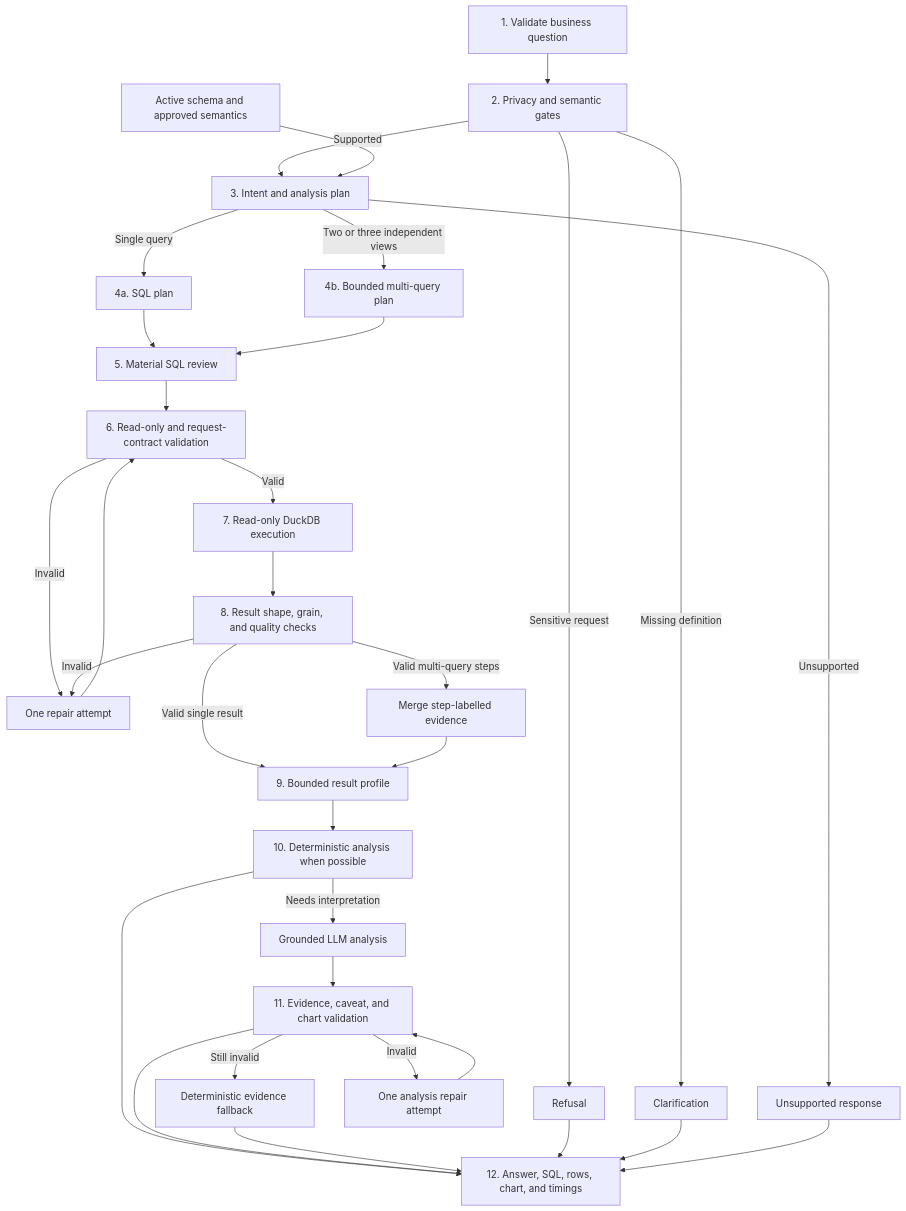
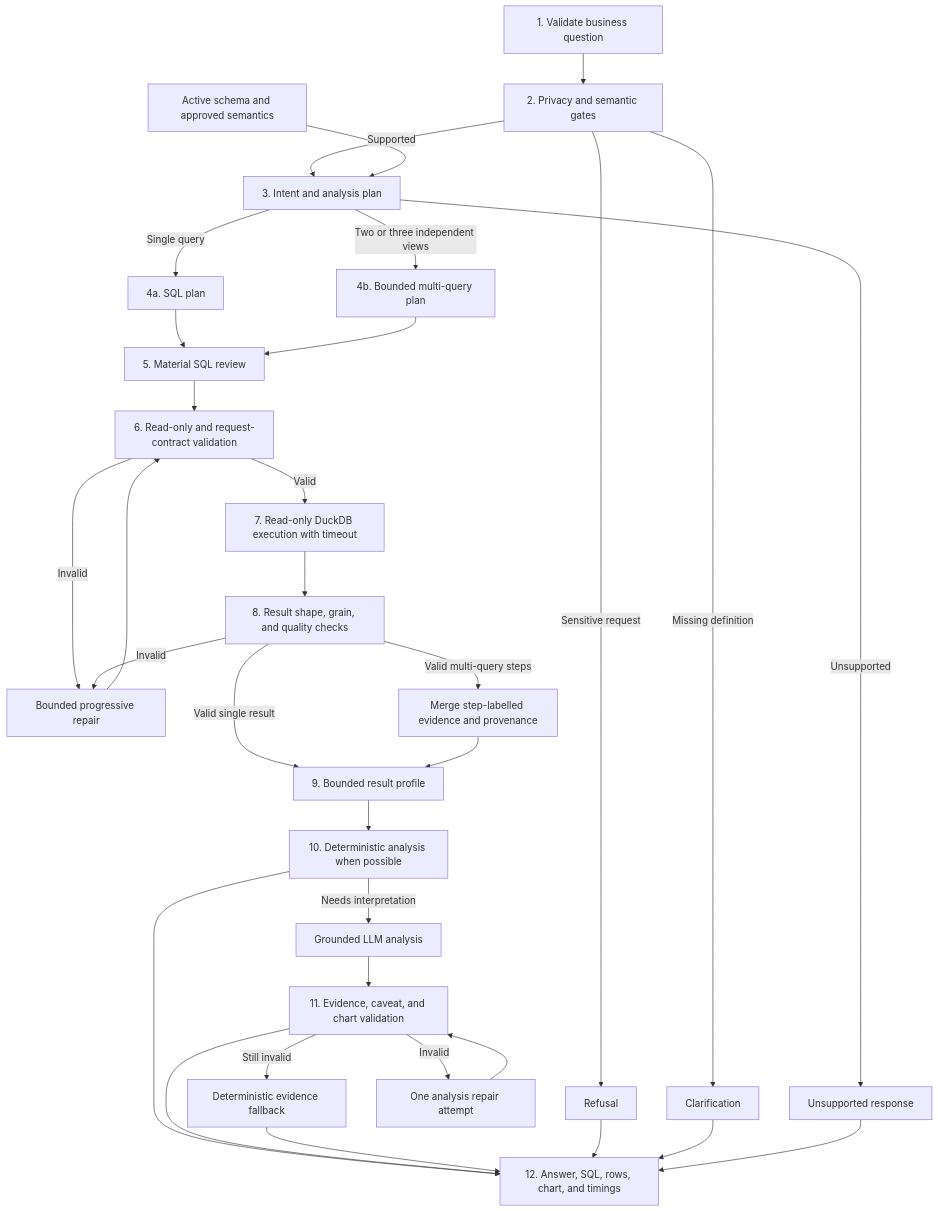
Before and after one commit to khoa-na/Private-AI-Analytics-Assistant: the diagram in README.md, drawn with Mermaid. The commit also changed other lines of this file and 12 other files, not shown here.

Commit message:
fix(analytics): harden multi-query pipeline

````diff
--- a/README.md
+++ b/README.md
@@ -23,34 +23,34 @@
 ```mermaid
 flowchart TD
     Q["1. Validate business question"] --> G["2. Privacy and semantic gates"]
     G -->|Sensitive request| RF["Refusal"]
     G -->|Missing definition| CL["Clarification"]
     G -->|Supported| P["3. Intent and analysis plan"]
     S["Active schema and approved semantics"] --> P
     P -->|Unsupported| UN["Unsupported response"]
     P -->|Single query| SQ["4a. SQL plan"]
     P -->|Two or three independent views| MQ["4b. Bounded multi-query plan"]
     SQ --> RV["5. Material SQL review"]
     MQ --> RV
     RV --> V["6. Read-only and request-contract validation"]
-    V -->|Invalid| RP["One repair attempt"]
+    V -->|Invalid| RP["Bounded progressive repair"]
     RP --> V
-    V -->|Valid| DB["7. Read-only DuckDB execution"]
+    V -->|Valid| DB["7. Read-only DuckDB execution with timeout"]
     DB --> QC["8. Result shape, grain, and quality checks"]
     QC -->|Invalid| RP
     QC -->|Valid single result| PF["9. Bounded result profile"]
-    QC -->|Valid multi-query steps| EV["Merge step-labelled evidence"]
+    QC -->|Valid multi-query steps| EV["Merge step-labelled evidence and provenance"]
     EV --> PF
     PF --> DA["10. Deterministic analysis when possible"]
     DA -->|Needs interpretation| LA["Grounded LLM analysis"]
     LA --> AV["11. Evidence, caveat, and chart validation"]
     AV -->|Invalid| AR["One analysis repair attempt"]
     AR --> AV
     AV -->|Still invalid| FB["Deterministic evidence fallback"]
     DA --> OUT["12. Answer, SQL, rows, chart, and timings"]
     AV --> OUT
     FB --> OUT
     RF --> OUT
     CL --> OUT
     UN --> OUT
 ```
````
